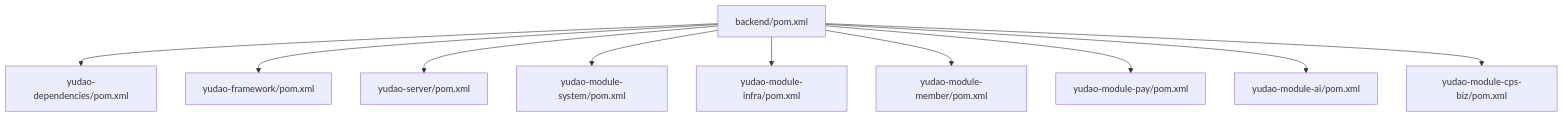
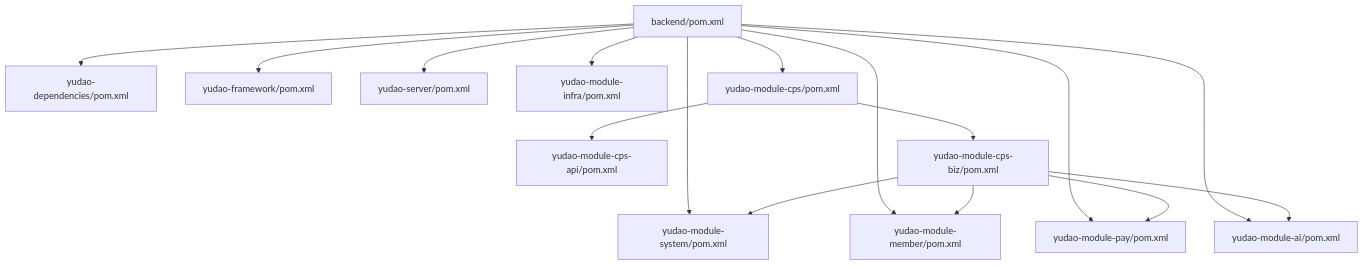
One commit to zhuangpengLI/AgenticCPS changed the eighth of 8 diagrams in .qoder/repowiki/zh/content/系统架构/系统架构.md. Above: the diagram before and after it, drawn with Mermaid. The commit also changed other lines of this file and 42 other files, not shown here.

````diff
--- a/.qoder/repowiki/zh/content/系统架构/系统架构.md
+++ b/.qoder/repowiki/zh/content/系统架构/系统架构.md
@@ -235,12 +413,18 @@
 ```mermaid
 graph TB
 P["backend/pom.xml"] --> D["yudao-dependencies/pom.xml"]
 P --> F["yudao-framework/pom.xml"]
 P --> S["yudao-server/pom.xml"]
 P --> M1["yudao-module-system/pom.xml"]
 P --> M2["yudao-module-infra/pom.xml"]
 P --> M3["yudao-module-member/pom.xml"]
 P --> M4["yudao-module-pay/pom.xml"]
 P --> M5["yudao-module-ai/pom.xml"]
-P --> M6["yudao-module-cps-biz/pom.xml"]
+P --> M6["yudao-module-cps/pom.xml"]
+M6 --> M6a["yudao-module-cps-api/pom.xml"]
+M6 --> M6b["yudao-module-cps-biz/pom.xml"]
+M6b --> M3
+M6b --> M4
+M6b --> M1
+M6b --> M5
 ```
````
